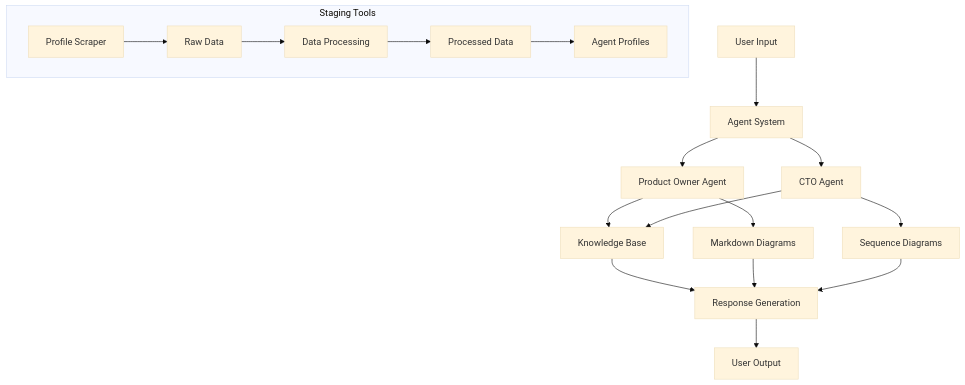
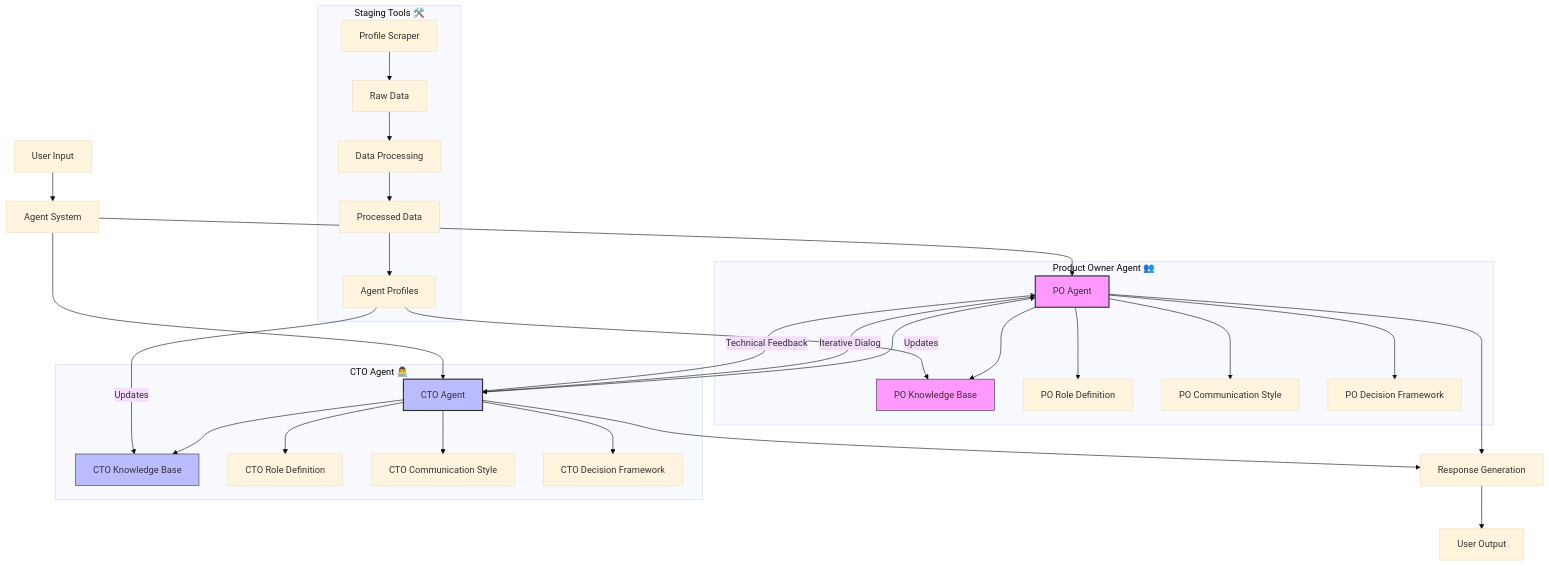
One commit to p5150j/agent-swarm changed the diagram in README.md. Above: the diagram before and after it, drawn with Mermaid (base theme).

Commit message:
docs: update system architecture diagram to show agent interactions and knowledge bases

````diff
--- a/README.md
+++ b/README.md
@@ -20,25 +20,45 @@
 ```mermaid
 graph TD
     A[User Input] --> B[Agent System]
-    B --> C[Product Owner Agent]
-    B --> D[CTO Agent]
 
-    C --> E[Knowledge Base]
+    subgraph "Product Owner Agent 👥"
+        C[PO Agent] --> C1[PO Knowledge Base]
+        C --> C2[PO Role Definition]
+        C --> C3[PO Communication Style]
+        C --> C4[PO Decision Framework]
+    end
+
+    subgraph "CTO Agent 👨‍💻"
+        D[CTO Agent] --> D1[CTO Knowledge Base]
+        D --> D2[CTO Role Definition]
+        D --> D3[CTO Communication Style]
+        D --> D4[CTO Decision Framework]
+    end
+
+    B --> C
+    B --> D
+
+    %% Agent Interactions
+    C <--> D
+    C -->|Iterative Dialog| D
+    D -->|Technical Feedback| C
+
+    %% Output Generation
+    C --> E[Response Generation]
     D --> E
+    E --> F[User Output]
 
-    C --> F[Markdown Diagrams]
-    D --> G[Sequence Diagrams]
+    subgraph "Staging Tools 🛠️"
+        G[Profile Scraper] --> H[Raw Data]
+        H --> I[Data Processing]
+        I --> J[Processed Data]
+        J --> K[Agent Profiles]
+        K -->|Updates| C1
+        K -->|Updates| D1
+    end
 
-    E --> H[Response Generation]
-    F --> H
-    G --> H
-
-    H --> I[User Output]
-
-    subgraph Staging Tools
-        J[Profile Scraper] --> K[Raw Data]
-        K --> L[Data Processing]
-        L --> M[Processed Data]
-        M --> N[Agent Profiles]
-    end
+    style C fill:#f9f,stroke:#333,stroke-width:2px
+    style D fill:#bbf,stroke:#333,stroke-width:2px
+    style C1 fill:#f9f,stroke:#333,stroke-width:1px
+    style D1 fill:#bbf,stroke:#333,stroke-width:1px
 ```
````
